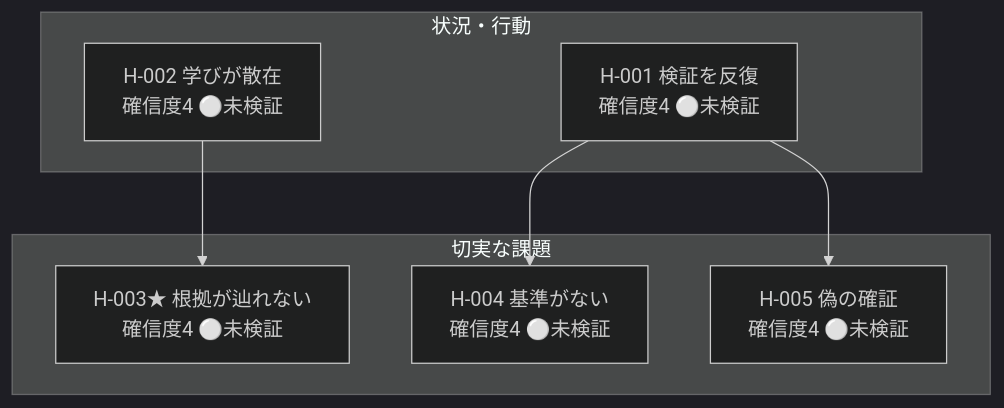
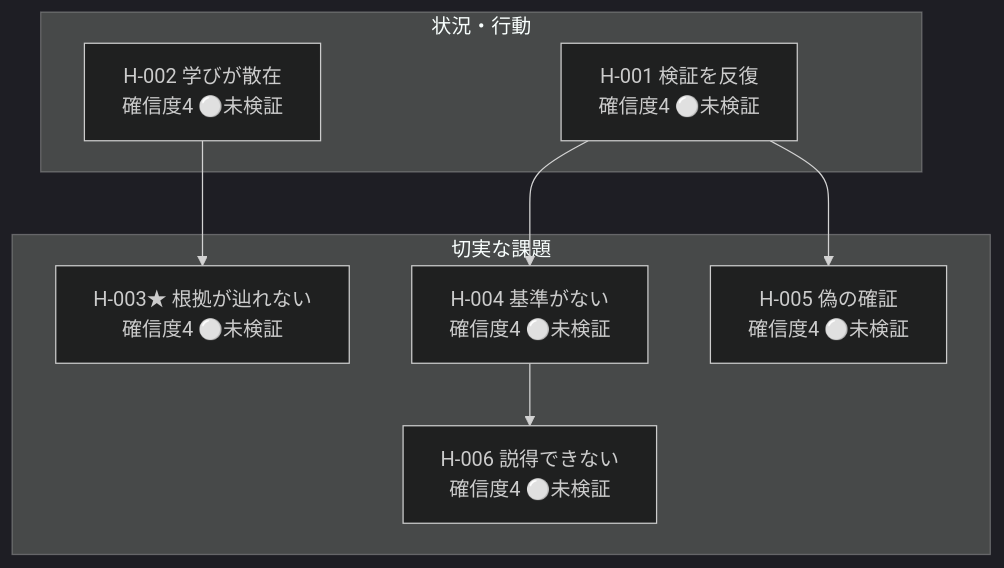
One commit to haru01/hypothesis-wiki changed the diagram in projects/self/wiki/views/hypotheses-list.md. Above: the diagram before and after it, drawn with Mermaid (dark theme). The commit also changed other lines of this file and 7 other files, not shown here.

````diff
--- a/projects/self/wiki/views/hypotheses-list.md
+++ b/projects/self/wiki/views/hypotheses-list.md
@@ -9,15 +9,17 @@
 ```mermaid
 flowchart TB
     subgraph beh["状況・行動"]
       SELF_H_001["H-001 検証を反復<br/>確信度4 ⚪未検証"]
       SELF_H_002["H-002 学びが散在<br/>確信度4 ⚪未検証"]
     end
     subgraph prob["切実な課題"]
       SELF_H_003["H-003★ 根拠が辿れない<br/>確信度4 ⚪未検証"]
       SELF_H_004["H-004 基準がない<br/>確信度4 ⚪未検証"]
       SELF_H_005["H-005 偽の確証<br/>確信度4 ⚪未検証"]
+      SELF_H_006["H-006 説得できない<br/>確信度4 ⚪未検証"]
     end
     SELF_H_001 --> SELF_H_004
     SELF_H_001 --> SELF_H_005
     SELF_H_002 --> SELF_H_003
+    SELF_H_004 --> SELF_H_006
 ```
````
